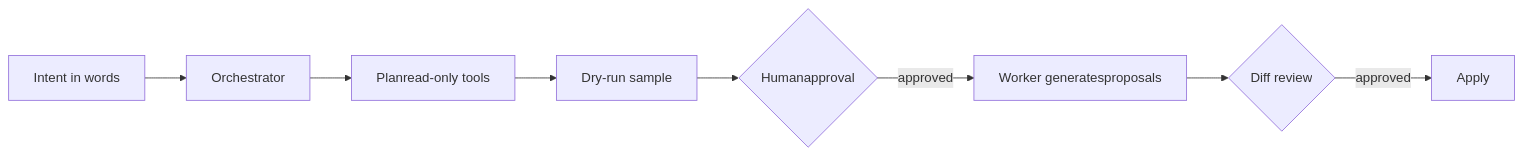
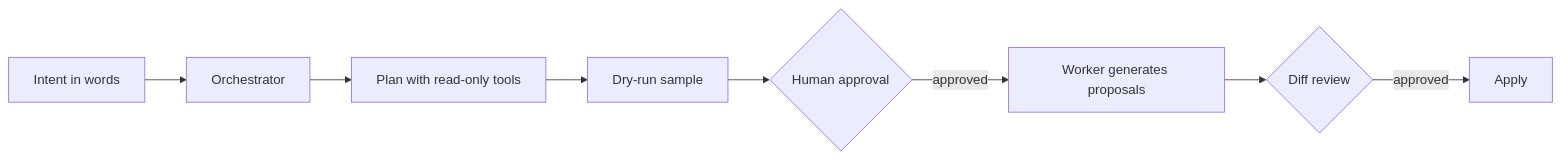
One commit to maxpoll-dev/maxpoll-dev changed the diagram in README.md. Above: the diagram before and after it, drawn with Mermaid.

Commit message:
Fix typos in README.md flowchart

````diff
--- a/README.md
+++ b/README.md
@@ -35,10 +35,10 @@
 ```mermaid
 flowchart LR
     A[Intent in words] --> B[Orchestrator]
-    B --> C[Planread-only tools]
+    B --> C[Plan with read-only tools]
     C --> D[Dry-run sample]
-    D --> E{Humanapproval}
-    E -->|approved| F[Worker generatesproposals]
+    D --> E{Human approval}
+    E -->|approved| F[Worker generates proposals]
     F --> G{Diff review}
     G -->|approved| H[Apply]
 ```
````
